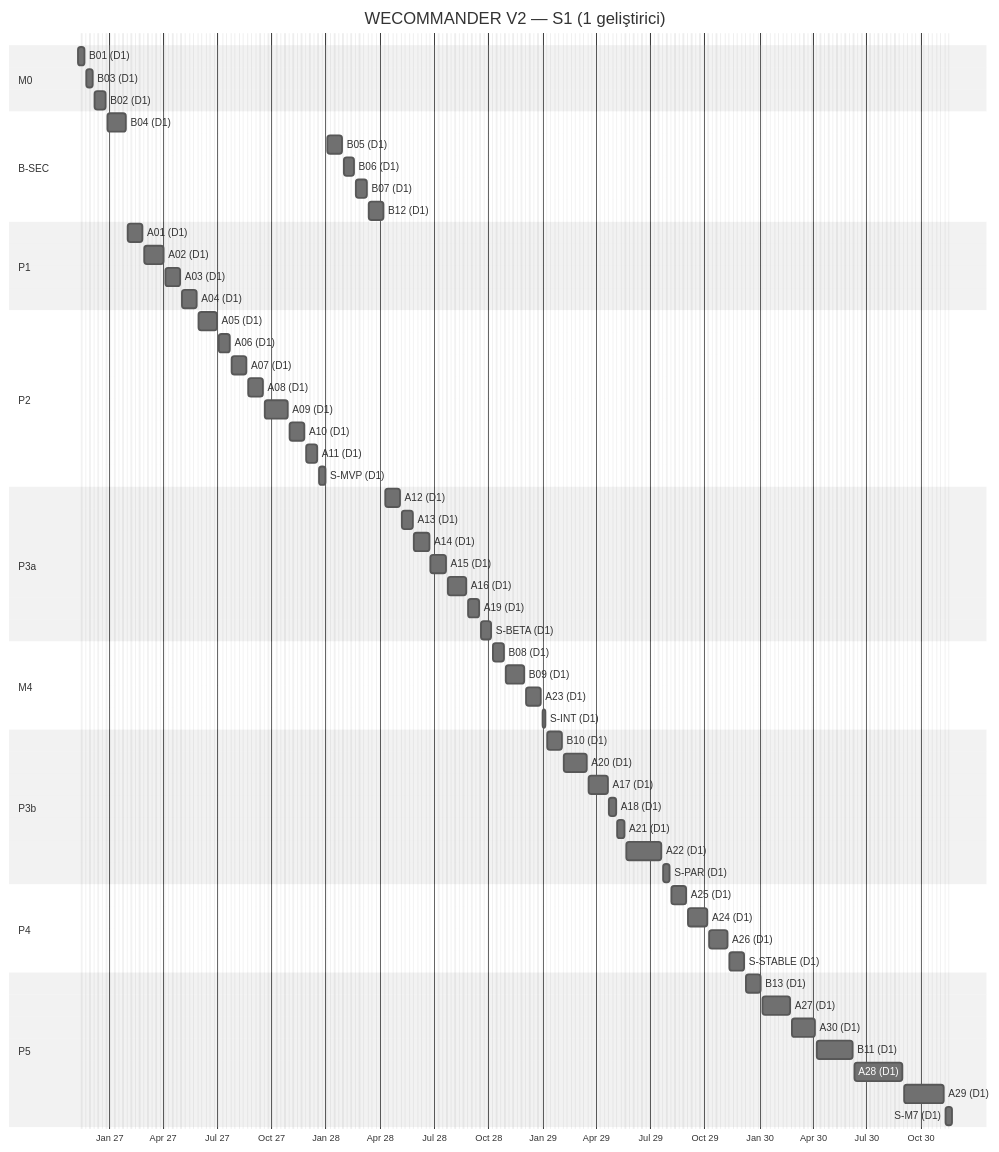
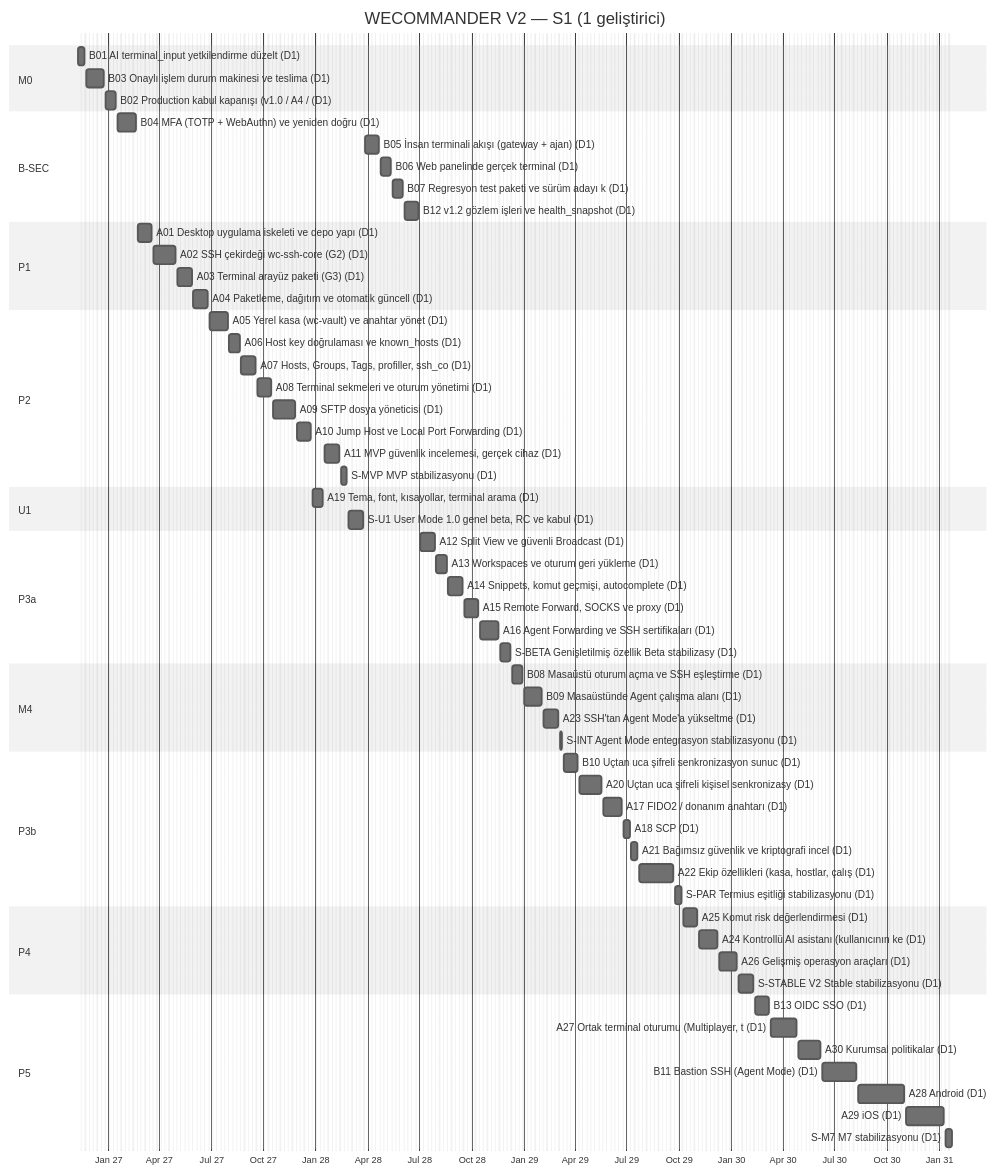
The third of 3 diagrams in plans/WECOMMANDER_V2_DEVELOPMENT_CALENDAR.md (orhanbal/webrising-commender), drawn with Mermaid (neutral theme) before and after one commit. The commit also changed other lines of this file and 10 other files, not shown here.

First line of the commit message:
Plan v0.2: reproducible V2 scheduler, validation gates, B03 state machine, User Mode 1.0 Stable

````diff
--- a/plans/WECOMMANDER_V2_DEVELOPMENT_CALENDAR.md
+++ b/plans/WECOMMANDER_V2_DEVELOPMENT_CALENDAR.md
@@ -270,65 +265,67 @@
 ```mermaid
 gantt
     title WECOMMANDER V2 — S1 (1 geliştirici)
     dateFormat YYYY-MM-DD
     axisFormat %b %y
     excludes weekends
     section M0
-    B01 (D1) :B01, 2026-11-09, 2026-11-20
-    B03 (D1) :B03, 2026-11-23, 2026-12-04
-    B02 (D1) :B02, 2026-12-07, 2026-12-25
+    B01 AI terminal_input yetkilendirme düzelt (D1) :B01, 2026-11-09, 2026-11-20
+    B03 Onaylı işlem durum makinesi ve teslima (D1) :B03, 2026-11-23, 2026-12-25
+    B02 Production kabul kapanışı (v1.0 / A4 / (D1) :B02, 2026-12-28, 2027-01-15
     section B-SEC
-    B04 (D1) :B04, 2026-12-28, 2027-01-29
-    B05 (D1) :B05, 2028-01-03, 2028-01-28
-    B06 (D1) :B06, 2028-01-31, 2028-02-18
-    B07 (D1) :B07, 2028-02-21, 2028-03-10
-    B12 (D1) :B12, 2028-03-13, 2028-04-07
+    B04 MFA (TOTP + WebAuthn) ve yeniden doğru (D1) :B04, 2027-01-18, 2027-02-19
+    B05 İnsan terminali akışı (gateway + ajan) (D1) :B05, 2028-03-27, 2028-04-21
+    B06 Web panelinde gerçek terminal (D1) :B06, 2028-04-24, 2028-05-12
+    B07 Regresyon test paketi ve sürüm adayı k (D1) :B07, 2028-05-15, 2028-06-02
+    B12 v1.2 gözlem işleri ve health_snapshot  (D1) :B12, 2028-06-05, 2028-06-30
     section P1
-    A01 (D1) :A01, 2027-02-01, 2027-02-26
-    A02 (D1) :A02, 2027-03-01, 2027-04-02
-    A03 (D1) :A03, 2027-04-05, 2027-04-30
-    A04 (D1) :A04, 2027-05-03, 2027-05-28
+    A01 Desktop uygulama iskeleti ve depo yapı (D1) :A01, 2027-02-22, 2027-03-19
+    A02 SSH çekirdeği wc-ssh-core (G2) (D1) :A02, 2027-03-22, 2027-04-30
+    A03 Terminal arayüz paketi (G3) (D1) :A03, 2027-05-03, 2027-05-28
+    A04 Paketleme, dağıtım ve otomatik güncell (D1) :A04, 2027-05-31, 2027-06-25
     section P2
-    A05 (D1) :A05, 2027-05-31, 2027-07-02
-    A06 (D1) :A06, 2027-07-05, 2027-07-23
-    A07 (D1) :A07, 2027-07-26, 2027-08-20
-    A08 (D1) :A08, 2027-08-23, 2027-09-17
-    A09 (D1) :A09, 2027-09-20, 2027-10-29
-    A10 (D1) :A10, 2027-11-01, 2027-11-26
-    A11 (D1) :A11, 2027-11-29, 2027-12-17
-    S-MVP (D1) :SMVP, 2027-12-20, 2027-12-31
+    A05 Yerel kasa (wc-vault) ve anahtar yönet (D1) :A05, 2027-06-28, 2027-07-30
+    A06 Host key doğrulaması ve known_hosts (D1) :A06, 2027-08-02, 2027-08-20
+    A07 Hosts, Groups, Tags, profiller, ssh_co (D1) :A07, 2027-08-23, 2027-09-17
+    A08 Terminal sekmeleri ve oturum yönetimi (D1) :A08, 2027-09-20, 2027-10-15
+    A09 SFTP dosya yöneticisi (D1) :A09, 2027-10-18, 2027-11-26
+    A10 Jump Host ve Local Port Forwarding (D1) :A10, 2027-11-29, 2027-12-24
+    A11 MVP güvenlik incelemesi, gerçek cihaz  (D1) :A11, 2028-01-17, 2028-02-11
+    S-MVP MVP stabilizasyonu (D1) :SMVP, 2028-02-14, 2028-02-25
+    section U1
+    A19 Tema, font, kısayollar, terminal arama (D1) :A19, 2027-12-27, 2028-01-14
+    S-U1 User Mode 1.0 genel beta, RC ve kabul (D1) :SU1, 2028-02-28, 2028-03-24
     section P3a
-    A12 (D1) :A12, 2028-04-10, 2028-05-05
-    A13 (D1) :A13, 2028-05-08, 2028-05-26
-    A14 (D1) :A14, 2028-05-29, 2028-06-23
-    A15 (D1) :A15, 2028-06-26, 2028-07-21
-    A16 (D1) :A16, 2028-07-24, 2028-08-25
-    A19 (D1) :A19, 2028-08-28, 2028-09-15
-    S-BETA (D1) :SBETA, 2028-09-18, 2028-10-06
+    A12 Split View ve güvenli Broadcast (D1) :A12, 2028-07-03, 2028-07-28
+    A13 Workspaces ve oturum geri yükleme (D1) :A13, 2028-07-31, 2028-08-18
+    A14 Snippets, komut geçmişi, autocomplete (D1) :A14, 2028-08-21, 2028-09-15
+    A15 Remote Forward, SOCKS ve proxy (D1) :A15, 2028-09-18, 2028-10-13
+    A16 Agent Forwarding ve SSH sertifikaları (D1) :A16, 2028-10-16, 2028-11-17
+    S-BETA Genişletilmiş özellik Beta stabilizasy (D1) :SBETA, 2028-11-20, 2028-12-08
     section M4
-    B08 (D1) :B08, 2028-10-09, 2028-10-27
-    B09 (D1) :B09, 2028-10-30, 2028-12-01
-    A23 (D1) :A23, 2028-12-04, 2028-12-29
-    S-INT (D1) :SINT, 2029-01-01, 2029-01-05
+    B08 Masaüstü oturum açma ve SSH eşleştirme (D1) :B08, 2028-12-11, 2028-12-29
+    B09 Masaüstünde Agent çalışma alanı (D1) :B09, 2029-01-01, 2029-02-02
+    A23 SSH'tan Agent Mode'a yükseltme (D1) :A23, 2029-02-05, 2029-03-02
+    S-INT Agent Mode entegrasyon stabilizasyonu (D1) :SINT, 2029-03-05, 2029-03-09
     section P3b
-    B10 (D1) :B10, 2029-01-08, 2029-02-02
-    A20 (D1) :A20, 2029-02-05, 2029-03-16
-    A17 (D1) :A17, 2029-03-19, 2029-04-20
-    A18 (D1) :A18, 2029-04-23, 2029-05-04
-    A21 (D1) :A21, 2029-05-07, 2029-05-18
-    A22 (D1) :A22, 2029-05-21, 2029-07-20
-    S-PAR (D1) :SPAR, 2029-07-23, 2029-08-03
+    B10 Uçtan uca şifreli senkronizasyon sunuc (D1) :B10, 2029-03-12, 2029-04-06
+    A20 Uçtan uca şifreli kişisel senkronizasy (D1) :A20, 2029-04-09, 2029-05-18
+    A17 FIDO2 / donanım anahtarı (D1) :A17, 2029-05-21, 2029-06-22
+    A18 SCP (D1) :A18, 2029-06-25, 2029-07-06
+    A21 Bağımsız güvenlik ve kriptografi incel (D1) :A21, 2029-07-09, 2029-07-20
+    A22 Ekip özellikleri (kasa, hostlar, çalış (D1) :A22, 2029-07-23, 2029-09-21
+    S-PAR Termius eşitliği stabilizasyonu (D1) :SPAR, 2029-09-24, 2029-10-05
     section P4
-    A25 (D1) :A25, 2029-08-06, 2029-08-31
-    A24 (D1) :A24, 2029-09-03, 2029-10-05
-    A26 (D1) :A26, 2029-10-08, 2029-11-09
-    S-STABLE (D1) :SSTABLE, 2029-11-12, 2029-12-07
+    A25 Komut risk değerlendirmesi (D1) :A25, 2029-10-08, 2029-11-02
+    A24 Kontrollü AI asistanı (kullanıcının ke (D1) :A24, 2029-11-05, 2029-12-07
+    A26 Gelişmiş operasyon araçları (D1) :A26, 2029-12-10, 2030-01-11
+    S-STABLE V2 Stable stabilizasyonu (D1) :SSTABLE, 2030-01-14, 2030-02-08
     section P5
-    B13 (D1) :B13, 2029-12-10, 2030-01-04
-    A27 (D1) :A27, 2030-01-07, 2030-02-22
-    A30 (D1) :A30, 2030-02-25, 2030-04-05
-    B11 (D1) :B11, 2030-04-08, 2030-06-07
-    A28 (D1) :A28, 2030-06-10, 2030-08-30
-    A29 (D1) :A29, 2030-09-02, 2030-11-08
-    S-M7 (D1) :SM7, 2030-11-11, 2030-11-22
+    B13 OIDC SSO (D1) :B13, 2030-02-11, 2030-03-08
+    A27 Ortak terminal oturumu (Multiplayer, t (D1) :A27, 2030-03-11, 2030-04-26
+    A30 Kurumsal politikalar (D1) :A30, 2030-04-29, 2030-06-07
+    B11 Bastion SSH (Agent Mode) (D1) :B11, 2030-06-10, 2030-08-09
+    A28 Android (D1) :A28, 2030-08-12, 2030-11-01
+    A29 iOS (D1) :A29, 2030-11-04, 2031-01-10
+    S-M7 M7 stabilizasyonu (D1) :SM7, 2031-01-13, 2031-01-24
 ```
````
